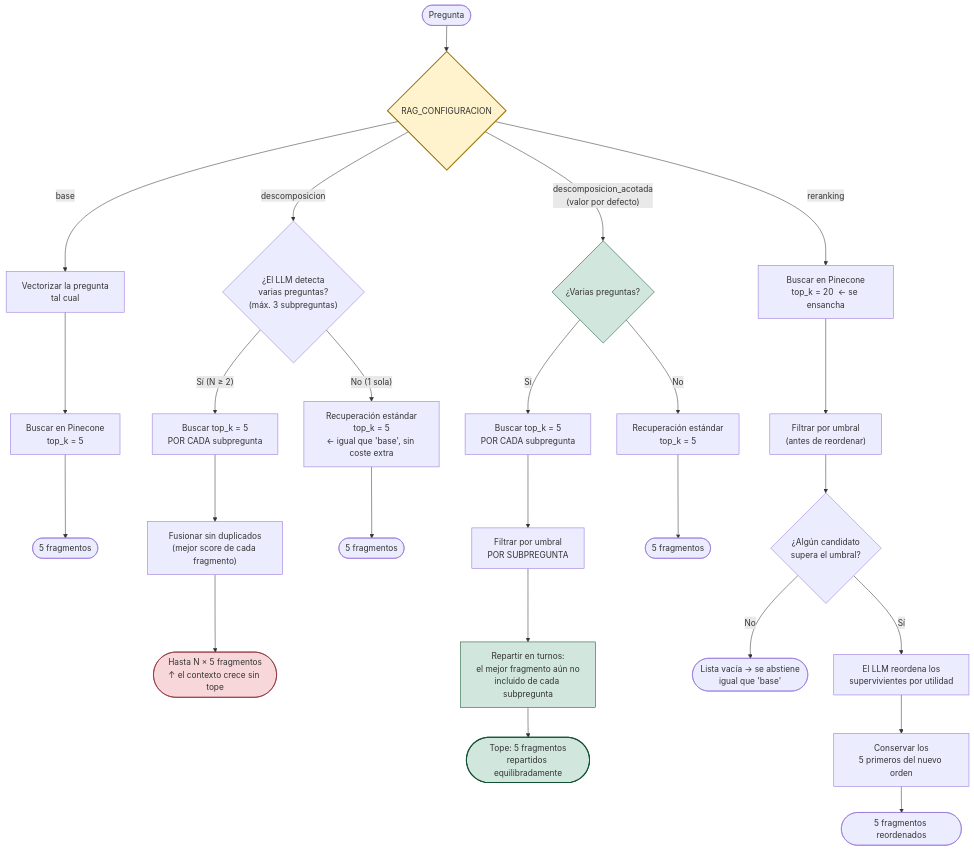
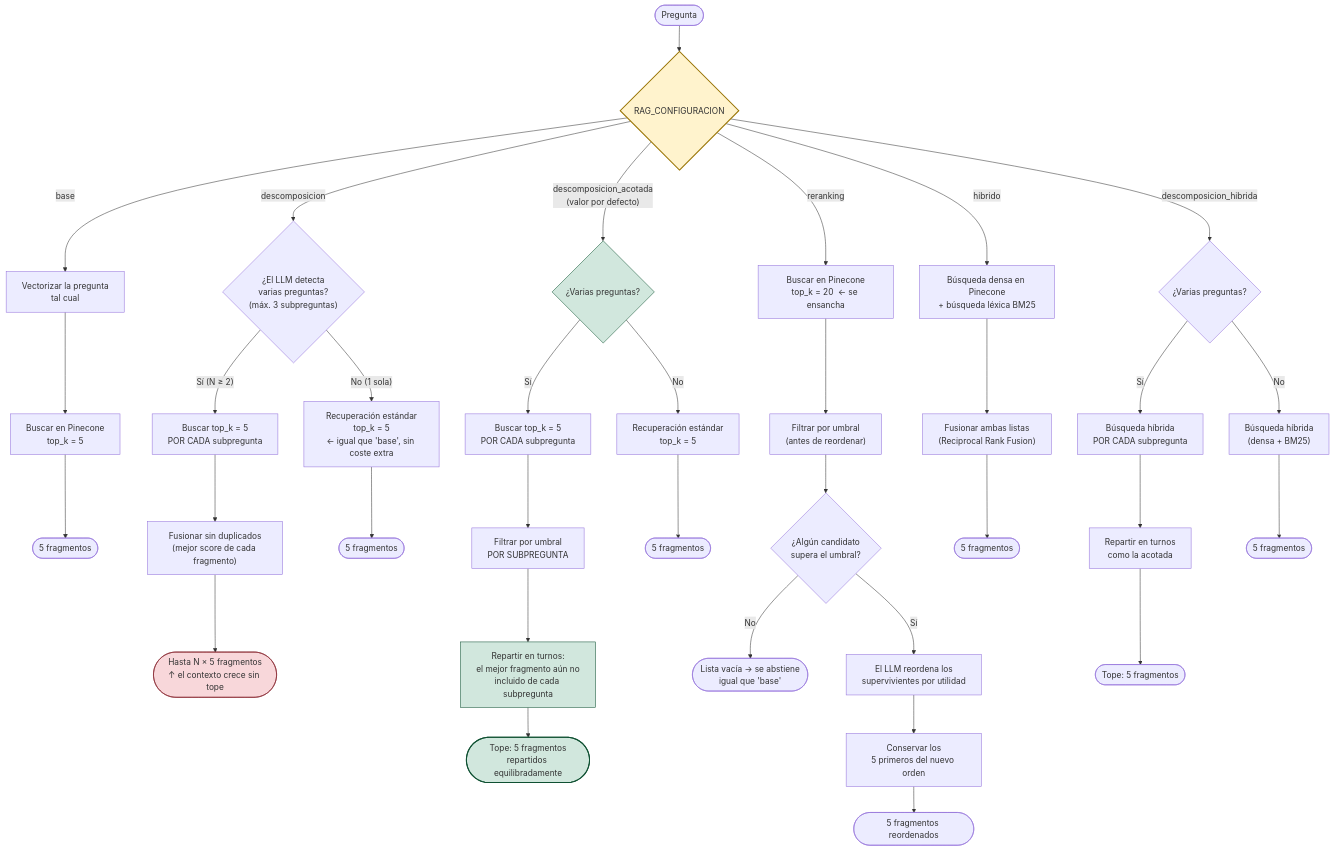
The second of 3 diagrams in docs/TFM/DIAGRAMA_FLUJO_RAG.md (jsagudelodev/knowledgespace-tfm-backend), drawn with Mermaid before and after one commit. The commit also changed other lines of this file and 4 other files, not shown here.

````diff
--- a/docs/TFM/DIAGRAMA_FLUJO_RAG.md
+++ b/docs/TFM/DIAGRAMA_FLUJO_RAG.md
@@ -70,41 +70,54 @@
 ```mermaid
 flowchart TD
     Q([Pregunta]) --> SEL{RAG_CONFIGURACION}
 
     %% ── base ─────────────────────────────────────────────
     SEL -- base --> B1[Vectorizar la pregunta\ntal cual]
     B1 --> B2["Buscar en Pinecone\ntop_k = 5"]
     B2 --> B3([5 fragmentos])
 
     %% ── descomposicion ───────────────────────────────────
     SEL -- descomposicion --> D1{"¿El LLM detecta\nvarias preguntas?\n(máx. 3 subpreguntas)"}
     D1 -- "No (1 sola)" --> D2["Recuperación estándar\ntop_k = 5\n← igual que 'base', sin coste extra"]
     D1 -- "Sí (N ≥ 2)" --> D3["Buscar top_k = 5\nPOR CADA subpregunta"]
     D3 --> D4["Fusionar sin duplicados\n(mejor score de cada fragmento)"]
     D4 --> D5(["Hasta N × 5 fragmentos\n↑ el contexto crece sin tope"])
     D2 --> D6([5 fragmentos])
 
     %% ── descomposicion_acotada (por defecto) ─────────────
     SEL -- "descomposicion_acotada\n(valor por defecto)" --> A1{"¿Varias preguntas?"}
     A1 -- No --> A2["Recuperación estándar\ntop_k = 5"]
     A1 -- Sí --> A3["Buscar top_k = 5\nPOR CADA subpregunta"]
     A3 --> A4["Filtrar por umbral\nPOR SUBPREGUNTA"]
     A4 --> A5["Repartir en turnos:\nel mejor fragmento aún no\nincluido de cada subpregunta"]
     A5 --> A6(["Tope: 5 fragmentos\nrepartidos equilibradamente"])
     A2 --> A7([5 fragmentos])
 
     %% ── reranking ─────────────────────────────────────────
     SEL -- reranking --> R1["Buscar en Pinecone\ntop_k = 20  ← se ensancha"]
     R1 --> R2["Filtrar por umbral\n(antes de reordenar)"]
     R2 --> R3{"¿Algún candidato\nsupera el umbral?"}
     R3 -- No --> R4([Lista vacía → se abstiene\nigual que 'base'])
     R3 -- Sí --> R5["El LLM reordena los\nsupervivientes por utilidad"]
     R5 --> R6["Conservar los\n5 primeros del nuevo orden"]
     R6 --> R7([5 fragmentos reordenados])
 
+    %% ── hibrido ───────────────────────────────────────────
+    SEL -- hibrido --> H1["Búsqueda densa en Pinecone\n+ búsqueda léxica BM25"]
+    H1 --> H2["Fusionar ambas listas\n(Reciprocal Rank Fusion)"]
+    H2 --> H3([5 fragmentos])
+
+    %% ── descomposicion_hibrida ────────────────────────────
+    SEL -- descomposicion_hibrida --> X1{"¿Varias preguntas?"}
+    X1 -- No --> X2["Búsqueda híbrida\n(densa + BM25)"]
+    X1 -- Sí --> X3["Búsqueda híbrida\nPOR CADA subpregunta"]
+    X3 --> X4["Repartir en turnos\ncomo la acotada"]
+    X4 --> X5(["Tope: 5 fragmentos"])
+    X2 --> X6([5 fragmentos])
+
     style SEL fill:#fff3cd,stroke:#997404,stroke-width:2px
     style A1 fill:#d1e7dd,stroke:#0f5132
     style A5 fill:#d1e7dd,stroke:#0f5132
     style A6 fill:#d1e7dd,stroke:#0f5132,stroke-width:2px
     style D5 fill:#f8d7da,stroke:#842029
 ```
````
